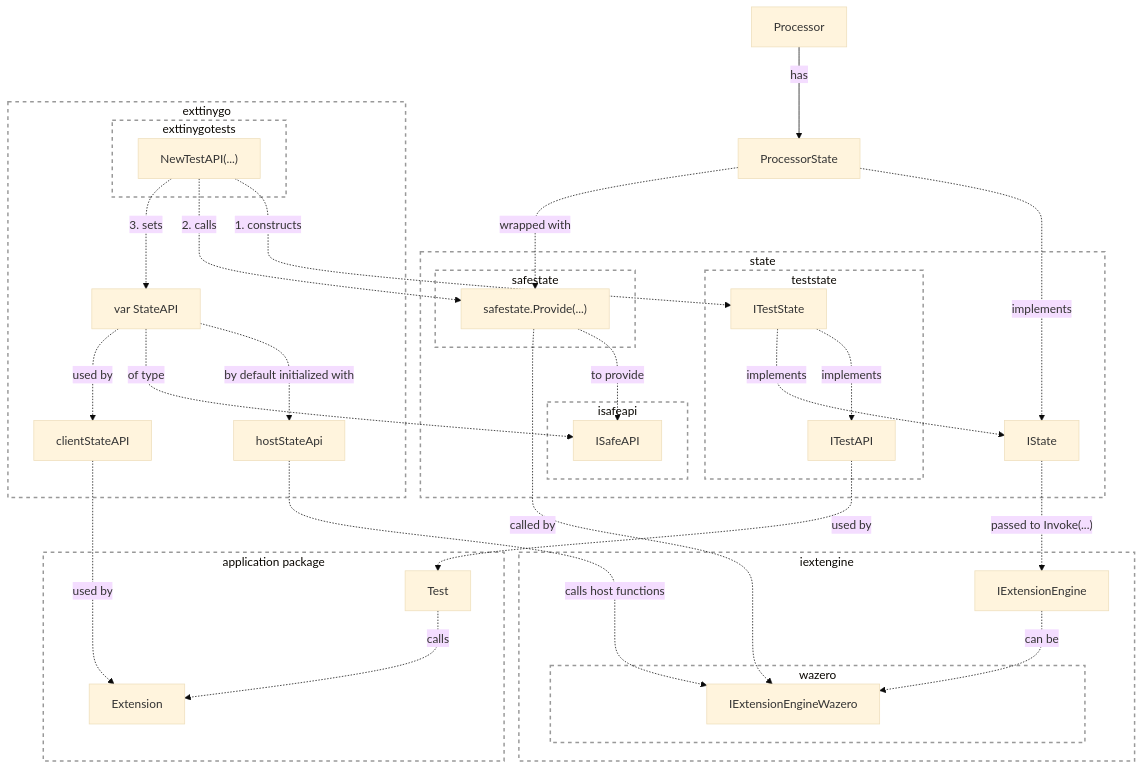
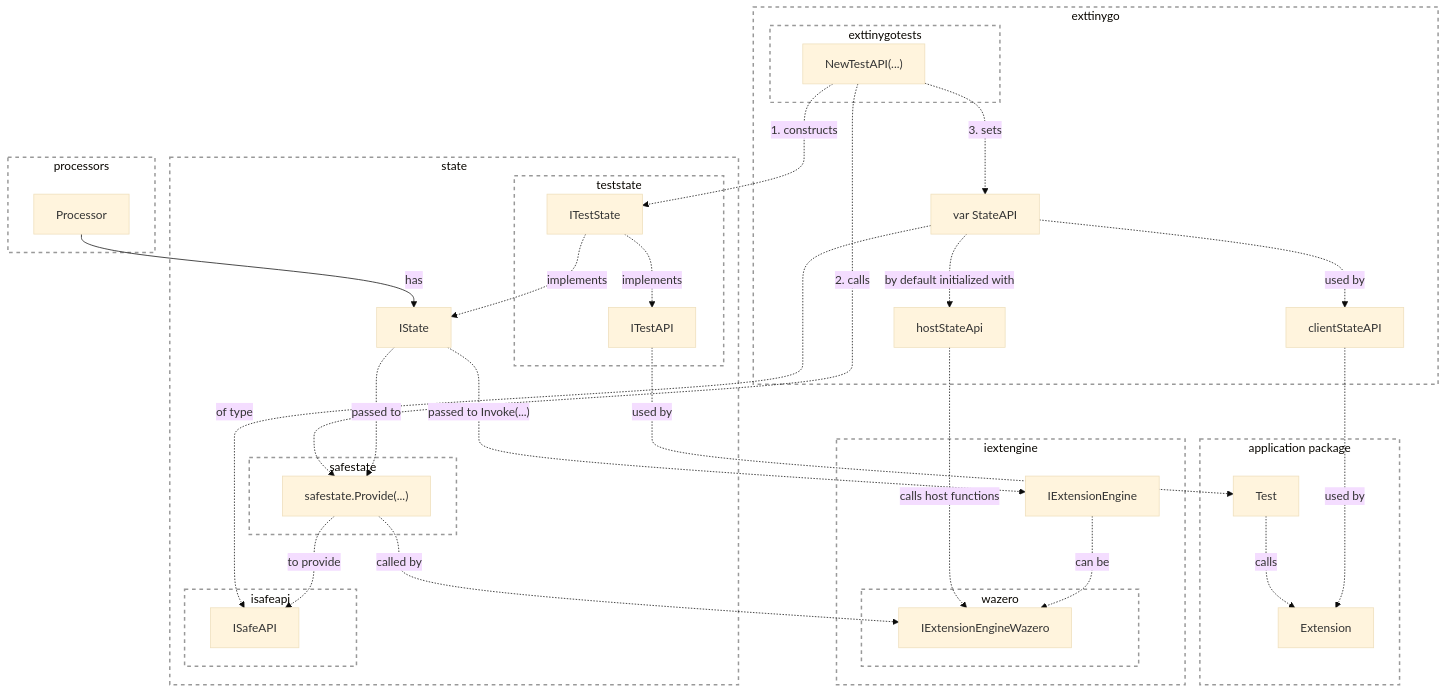
The diagram in pkg/state/README.md (voedger/voedger), drawn with Mermaid (base theme) before and after one commit.

Commit message:
state: readme

````diff
--- a/pkg/state/README.md
+++ b/pkg/state/README.md
@@ -8,72 +8,75 @@
 ```mermaid
 flowchart TD
     exttinygo:::G
     exttinygotests:::G
     state:::G
     isafeapi:::G
     safestate:::G
     teststate:::G
     iextengine:::G
     application:::G
     wazero:::G
+    processors:::G
     subgraph exttinygo
         internal.State["var StateAPI"]
         hostAPI["hostStateApi"]
         clientStateAPI["clientStateAPI"]
         subgraph exttinygotests
             NewTestAPI["NewTestAPI(...)"]
         end
     end
     subgraph state
         IState
         subgraph isafeapi
             ISafeAPI["ISafeAPI"]
         end
         subgraph teststate
             ITestState["ITestState"]
             ITestAPI["ITestAPI"]
         end
         subgraph safestate
             safestate.Provide["safestate.Provide(...)"]
         end
     end
     subgraph application["application package"]
         Test
         Extension   
     end
     subgraph iextengine
         subgraph wazero
             IExtensionEngineWazero["IExtensionEngineWazero"]
         end
 
         IExtensionEngine["IExtensionEngine"]
     end
+    subgraph processors
+        Processor
+    end
     
     internal.State -.-> |by default initialized with| hostAPI
     internal.State -.-> |of type| ISafeAPI
     internal.State -.-> |used by| clientStateAPI
 
     NewTestAPI -.-> |1. constructs| ITestState
     NewTestAPI -.-> |2. calls| safestate.Provide
     NewTestAPI -.-> |3. sets| internal.State
     ITestState -.-> |implements| ITestAPI
     ITestState -.-> |implements| IState
-    ProcessorState -.-> |implements| IState
+    
     ITestAPI -.-> |used by| Test
     safestate.Provide -.-> |to provide| ISafeAPI
 
     hostAPI -.-> |calls host functions| IExtensionEngineWazero
     IExtensionEngine -.-> |can be| IExtensionEngineWazero
 
-
-    Processor --> |has| ProcessorState
-    ProcessorState -.-> |wrapped with| safestate.Provide
+    Processor --> |has| IState
+    IState -.-> |passed to| safestate.Provide
     IState -.-> |"passed to Invoke(...)"| IExtensionEngine
     safestate.Provide -.-> |called by| IExtensionEngineWazero
 
     Test -.-> |calls| Extension
     clientStateAPI -.-> |used by|Extension
 
 classDef G fill:#ffffff15, stroke:#999, stroke-width:2px, stroke-dasharray: 5 5
 
 ```
````
